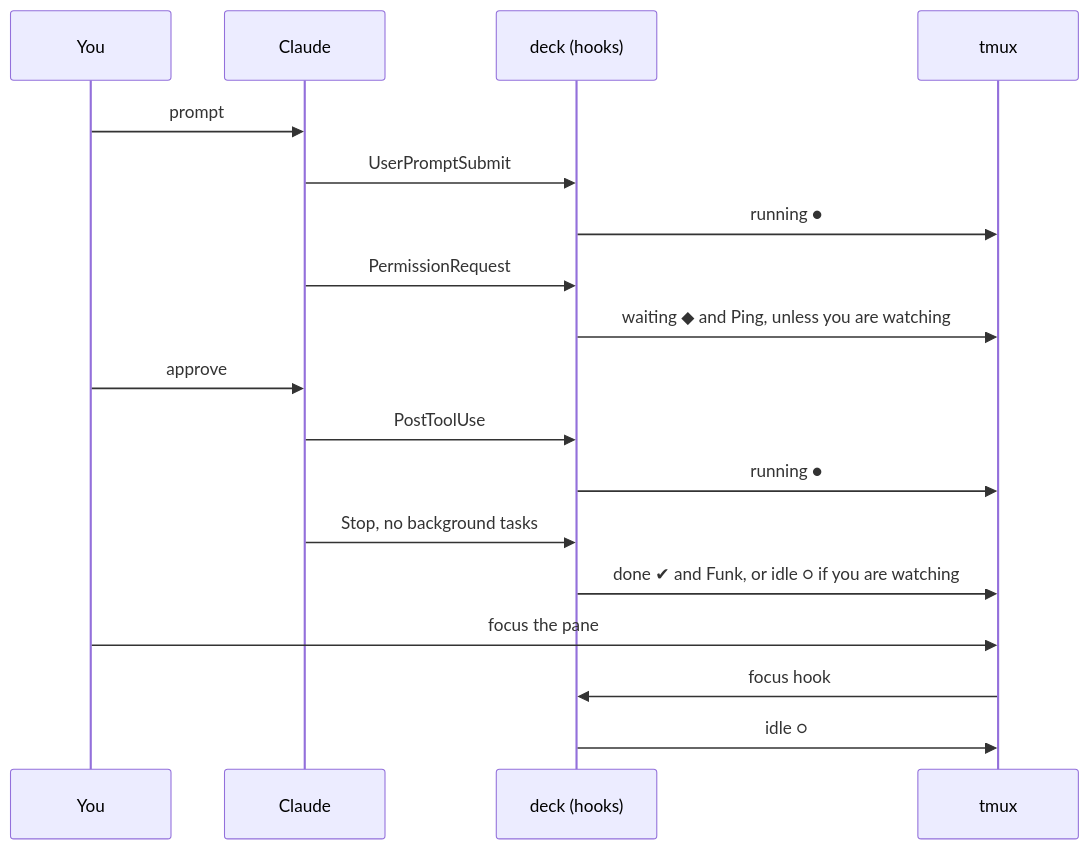
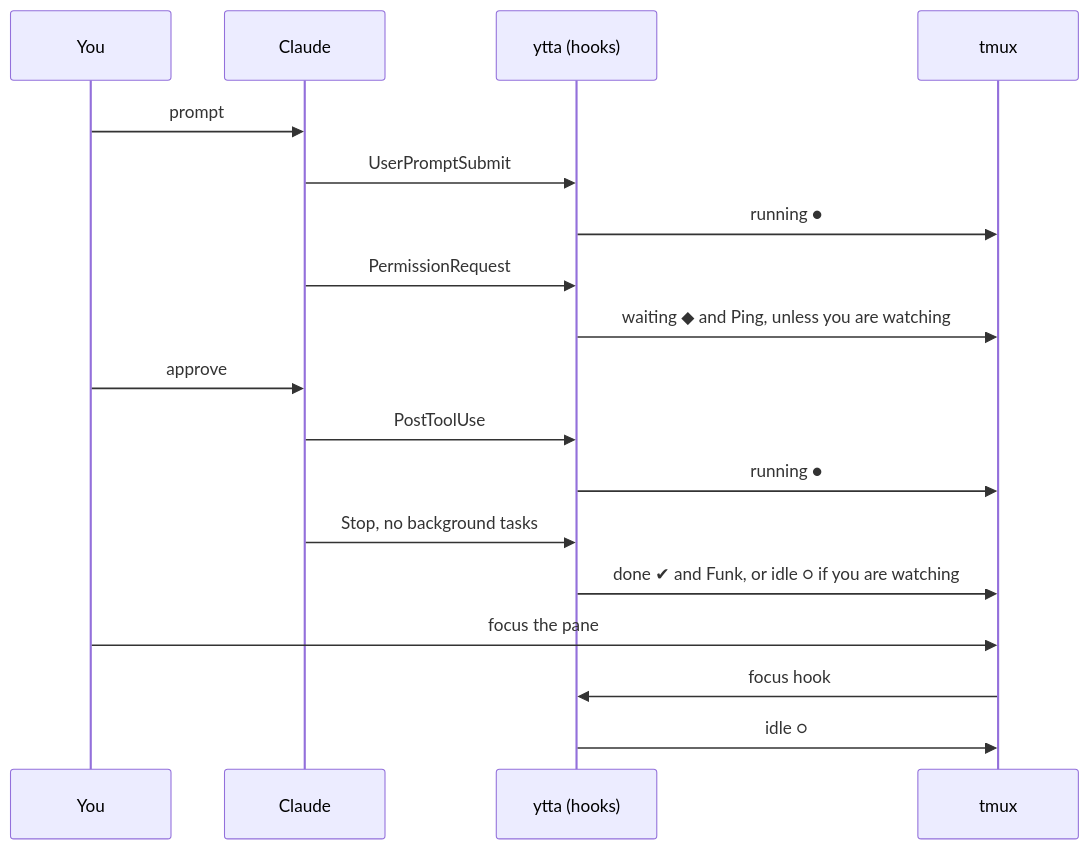
The second of 4 diagrams in README.md (arisros/tmux-agent-deck), drawn with Mermaid before and after one commit. The commit also changed other lines of this file and 47 other files, not shown here.

First line of the commit message:
refactor!: rename tmux-agent-deck to ytta

````diff
--- a/README.md
+++ b/README.md
@@ -95,20 +95,20 @@
 ```mermaid
 sequenceDiagram
   participant You
   participant Claude
-  participant Deck as deck (hooks)
+  participant Ytta as ytta (hooks)
   participant Tmux as tmux
   You->>Claude: prompt
-  Claude->>Deck: UserPromptSubmit
-  Deck->>Tmux: running ●
-  Claude->>Deck: PermissionRequest
-  Deck->>Tmux: waiting ◆ and Ping, unless you are watching
+  Claude->>Ytta: UserPromptSubmit
+  Ytta->>Tmux: running ●
+  Claude->>Ytta: PermissionRequest
+  Ytta->>Tmux: waiting ◆ and Ping, unless you are watching
   You->>Claude: approve
-  Claude->>Deck: PostToolUse
-  Deck->>Tmux: running ●
-  Claude->>Deck: Stop, no background tasks
-  Deck->>Tmux: done ✔ and Funk, or idle ○ if you are watching
+  Claude->>Ytta: PostToolUse
+  Ytta->>Tmux: running ●
+  Claude->>Ytta: Stop, no background tasks
+  Ytta->>Tmux: done ✔ and Funk, or idle ○ if you are watching
   You->>Tmux: focus the pane
-  Tmux->>Deck: focus hook
-  Deck->>Tmux: idle ○
+  Tmux->>Ytta: focus hook
+  Ytta->>Tmux: idle ○
 ```
````
